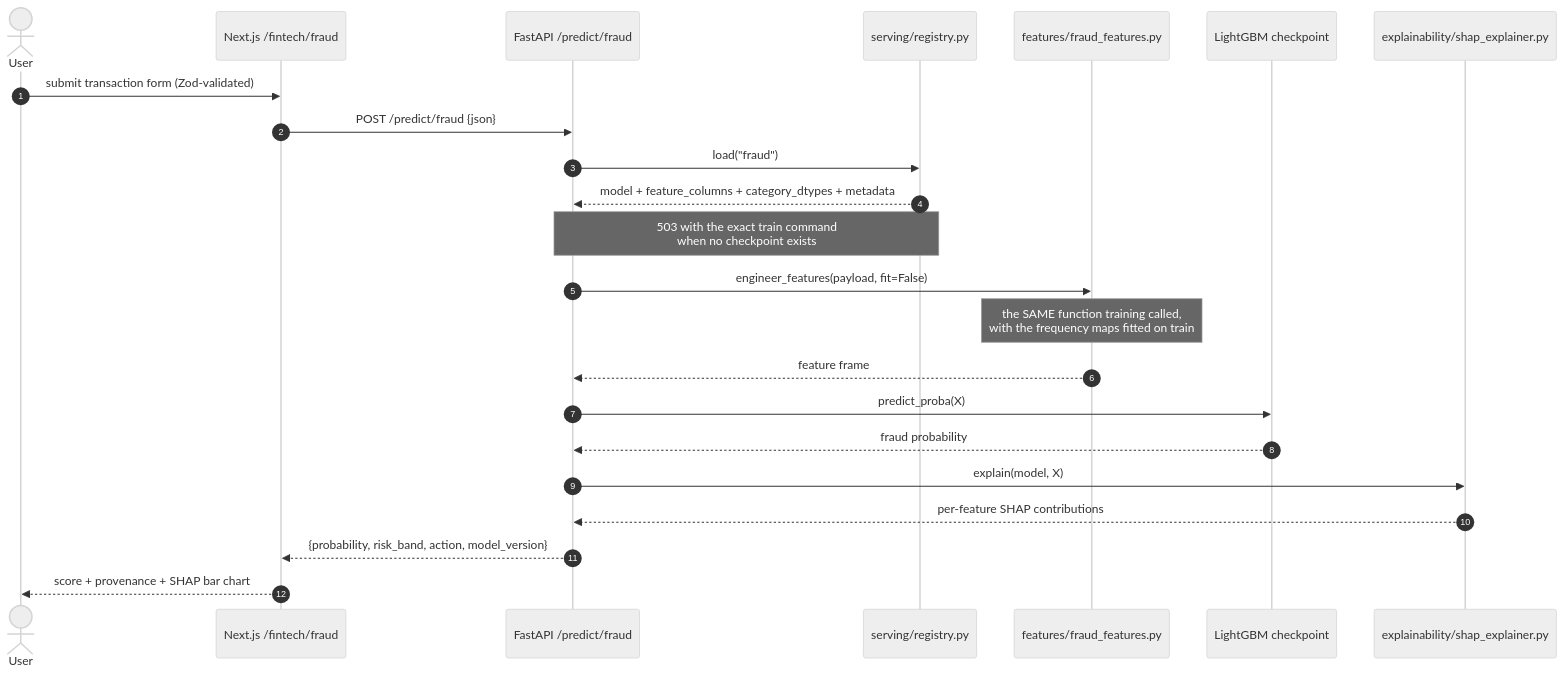
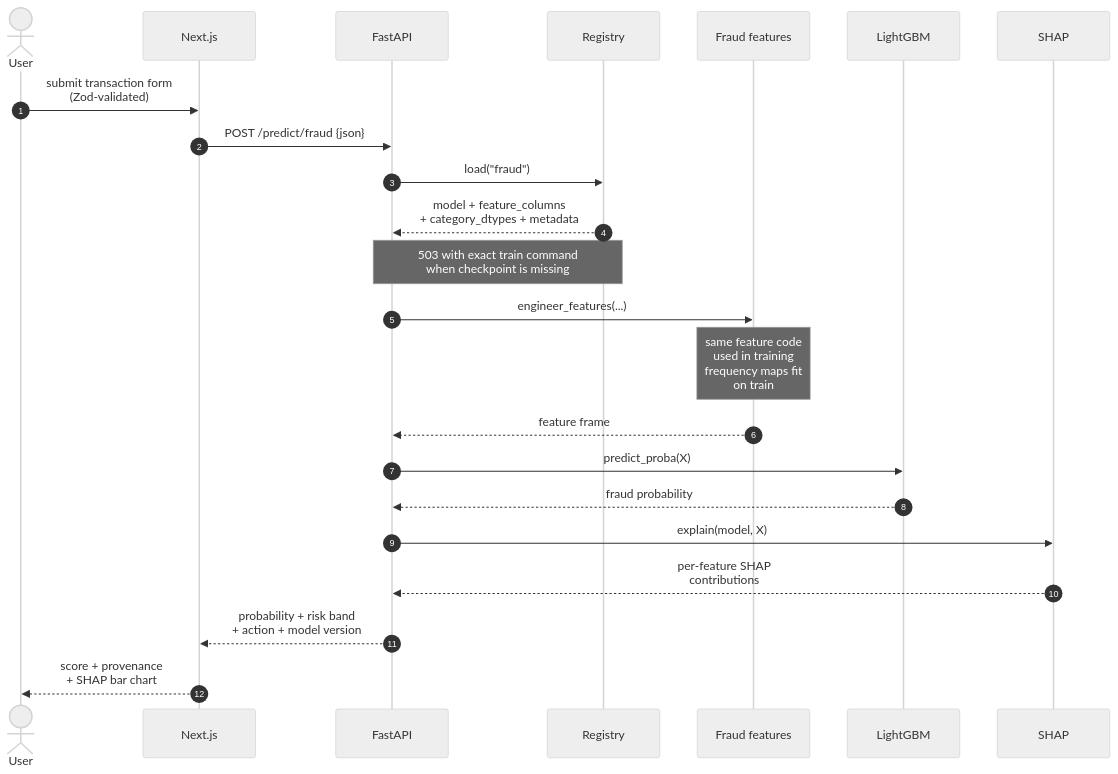
The second of 3 diagrams in README.md (armandogon94/Portfolio-ML-System), drawn with Mermaid (neutral theme) before and after one commit. The commit also changed other lines of this file and 11 other files, not shown here.

First line of the commit message:
docs(diagrams): render labels as SVG text so no glyph is clipped

````diff
--- a/README.md
+++ b/README.md
@@ -139,25 +136,26 @@
 ```mermaid
+%%{init: {'htmlLabels': false, 'fontFamily': 'arial, helvetica, sans-serif'}}%%
 sequenceDiagram
     autonumber
     actor U as User
-    participant W as Next.js /fintech/fraud
-    participant A as FastAPI /predict/fraud
-    participant G as serving/registry.py
-    participant F as features/fraud_features.py
-    participant M as LightGBM checkpoint
-    participant S as explainability/shap_explainer.py
-    U->>W: submit transaction form (Zod-validated)
+    participant W as Next.js
+    participant A as FastAPI
+    participant G as Registry
+    participant F as Fraud features
+    participant M as LightGBM
+    participant S as SHAP
+    U->>W: submit transaction form<br/>(Zod-validated)
     W->>A: POST /predict/fraud {json}
     A->>G: load("fraud")
-    G-->>A: model + feature_columns + category_dtypes + metadata
-    Note over A,G: 503 with the exact train command<br/>when no checkpoint exists
-    A->>F: engineer_features(payload, fit=False)
-    Note over F: the SAME function training called,<br/>with the frequency maps fitted on train
+    G-->>A: model + feature_columns<br/>+ category_dtypes + metadata
+    Note over A,G: 503 with exact train command<br/>when checkpoint is missing
+    A->>F: engineer_features(...)
+    Note over F: same feature code<br/>used in training<br/>frequency maps fit<br/>on train
     F-->>A: feature frame
     A->>M: predict_proba(X)
     M-->>A: fraud probability
     A->>S: explain(model, X)
-    S-->>A: per-feature SHAP contributions
-    A-->>W: {probability, risk_band, action, model_version}
-    W-->>U: score + provenance + SHAP bar chart
+    S-->>A: per-feature SHAP<br/>contributions
+    A-->>W: probability + risk band<br/>+ action + model version
+    W-->>U: score + provenance<br/>+ SHAP bar chart
 ```
````
